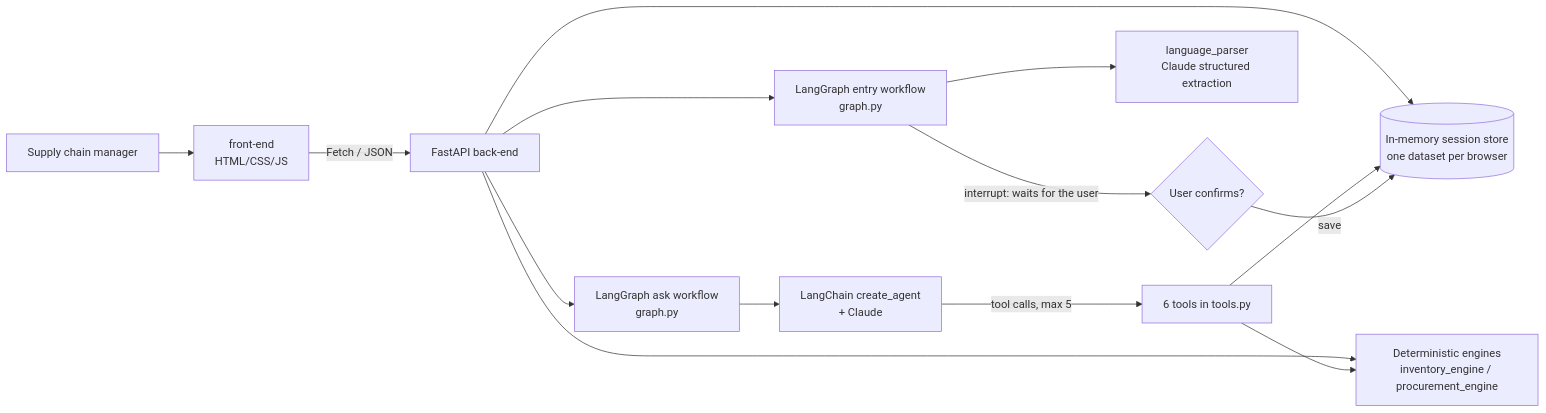
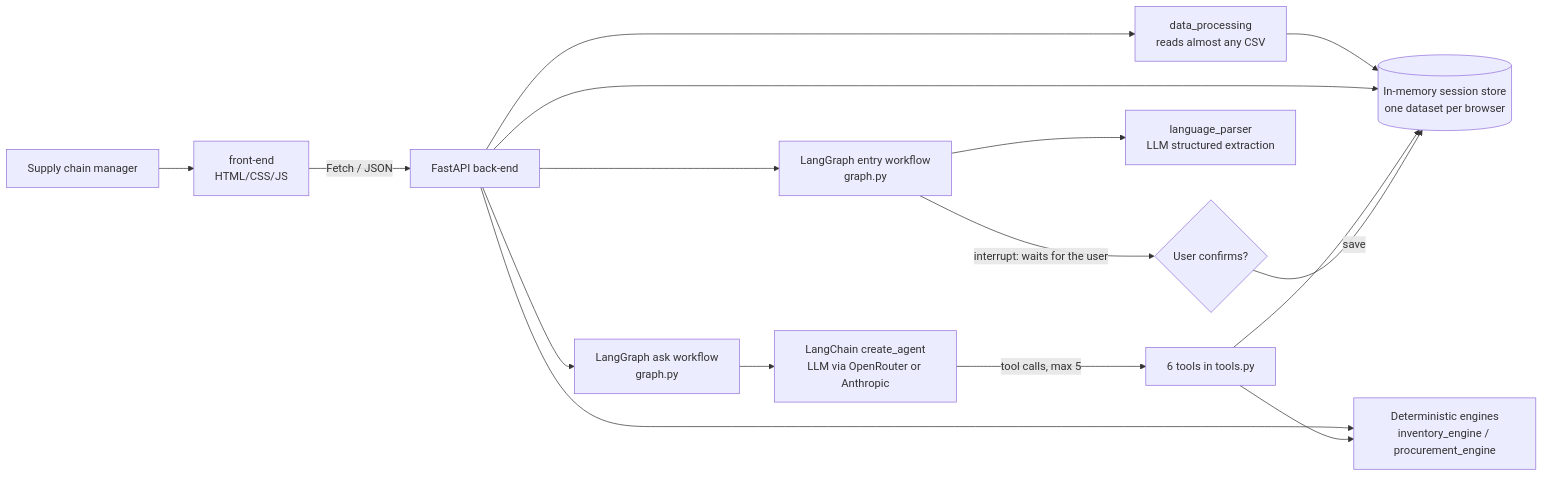
Before and after one commit to kirtibhushanIIMBG/StockWise-AI: the first of 3 diagrams in README.md, drawn with Mermaid. The commit also changed other lines of this file, not shown here.

````diff
--- a/README.md
+++ b/README.md
@@ -14,15 +36,17 @@
 ```mermaid
 flowchart LR
   U[Supply chain manager] --> FE[front-end<br/>HTML/CSS/JS]
   FE -- Fetch / JSON --> API[FastAPI back-end]
+  API --> CSV[data_processing<br/>reads almost any CSV]
+  CSV --> S
   API --> S[(In-memory session store<br/>one dataset per browser)]
   API --> ENG[Deterministic engines<br/>inventory_engine / procurement_engine]
   API --> ASK[LangGraph ask workflow<br/>graph.py]
-  ASK --> AG[LangChain create_agent<br/>+ Claude]
+  ASK --> AG[LangChain create_agent<br/>LLM via OpenRouter or Anthropic]
   AG -- tool calls, max 5 --> T[6 tools in tools.py]
   T --> ENG
   T --> S
   API --> ENT[LangGraph entry workflow<br/>graph.py]
-  ENT --> NLP[language_parser<br/>Claude structured extraction]
+  ENT --> NLP[language_parser<br/>LLM structured extraction]
   ENT -- interrupt: waits for the user --> C{User confirms?} -- save --> S
 ```
````
